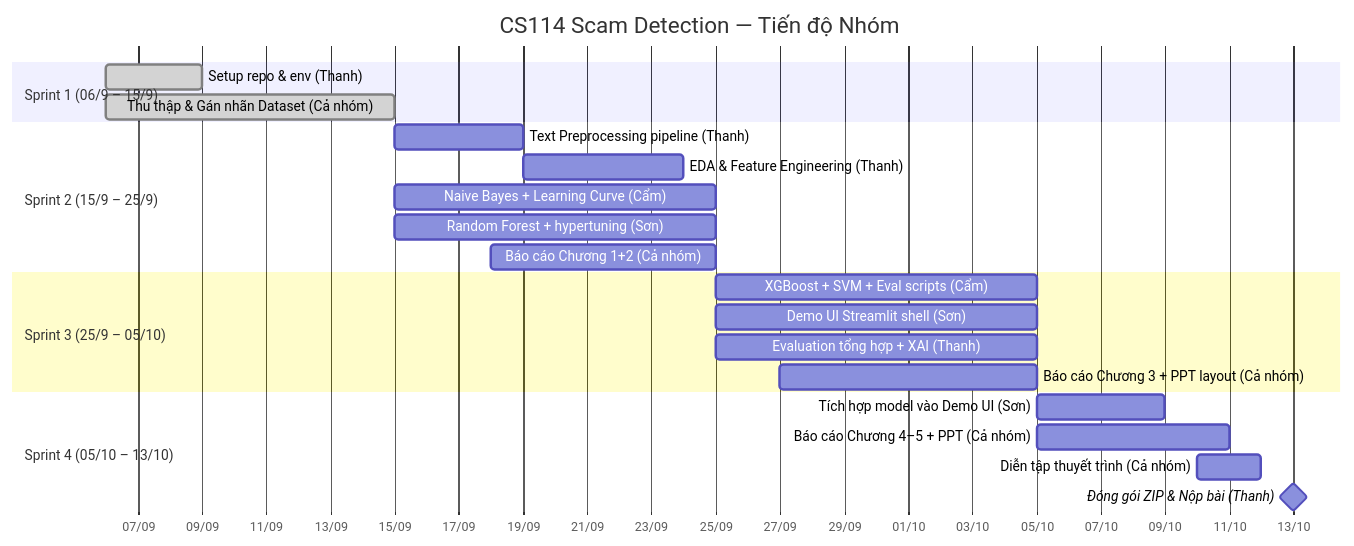
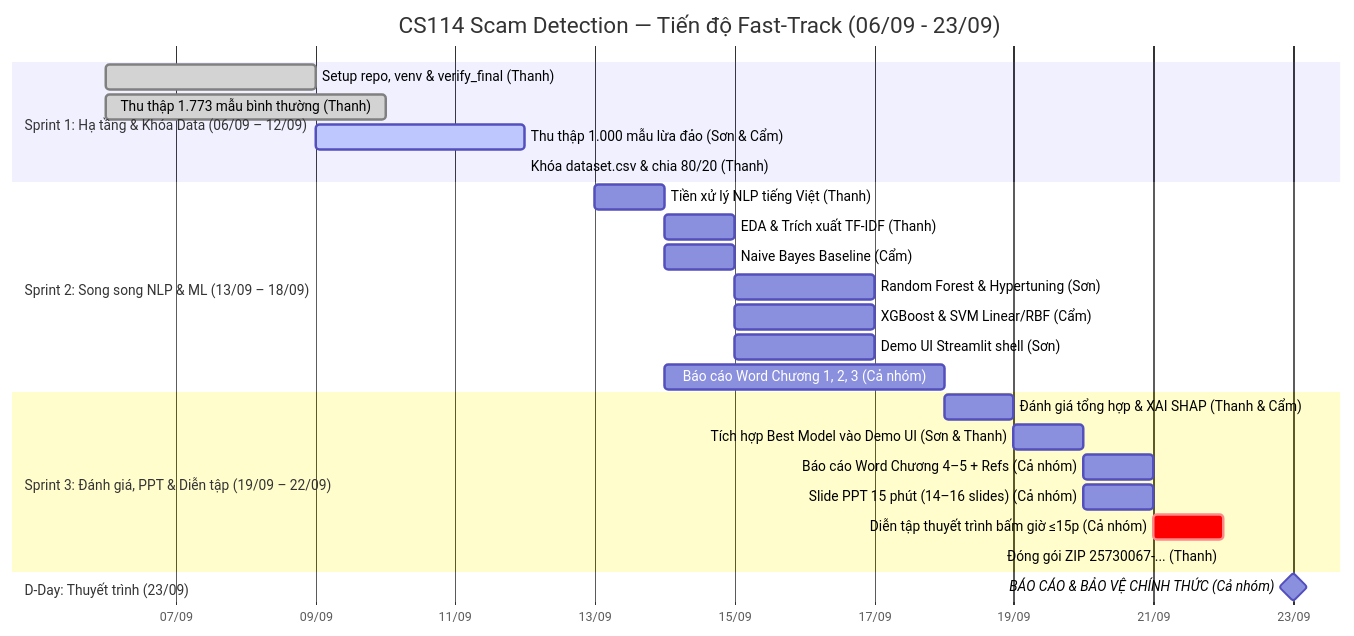
Before and after one commit to uit-25730067-chithanh/CS114-Team10-Elderly-Scam-Detection: the diagram in draft/scam-detection/docs/project-roadmap.md, drawn with Mermaid. The commit also changed other lines of this file and 2 other files, not shown here.

First line of the commit message:
docs(roadmap): update 3-sprint fast-track timeline and gantt roadmap

````diff
--- a/draft/scam-detection/docs/project-roadmap.md
+++ b/draft/scam-detection/docs/project-roadmap.md
@@ -13,30 +14,33 @@
 ```mermaid
 gantt
-    title CS114 Scam Detection — Tiến độ Nhóm
+    title CS114 Scam Detection — Tiến độ Fast-Track (06/09 - 23/09)
     dateFormat  YYYY-MM-DD
     axisFormat  %d/%m
-    tickInterval 1w
+    tickInterval 2d
 
-    section Sprint 1 (06/9 – 15/9)
-    Setup repo & env (Thanh)               :done, s1_1, 2026-09-06, 2026-09-09
-    Thu thập & Gán nhãn Dataset (Cả nhóm)  :done, s1_2, 2026-09-06, 2026-09-15
+    section Sprint 1: Hạ tầng & Khóa Data (06/09 – 12/09)
+    Setup repo, venv & verify_final (Thanh)        :done, s1_1, 2026-09-06, 2026-09-09
+    Thu thập 1.773 mẫu bình thường (Thanh)         :done, s1_2, 2026-09-06, 2026-09-10
+    Thu thập 1.000 mẫu lừa đảo (Sơn & Cẩm)         :active, s1_3, 2026-09-09, 2026-09-12
+    Khóa dataset.csv & chia 80/20 (Thanh)          :crit, s1_4, 2026-09-12, 2026-09-12
 
-    section Sprint 2 (15/9 – 25/9)
-    Text Preprocessing pipeline (Thanh)    :s2_1, 2026-09-15, 4d
-    EDA & Feature Engineering (Thanh)      :s2_2, 2026-09-19, 5d
-    Naive Bayes + Learning Curve (Cẩm)     :s2_3, 2026-09-15, 10d
-    Random Forest + hypertuning (Sơn)      :s2_4, 2026-09-15, 10d
-    Báo cáo Chương 1+2 (Cả nhóm)          :s2_5, 2026-09-18, 7d
+    section Sprint 2: Song song NLP & ML (13/09 – 18/09)
+    Tiền xử lý NLP tiếng Việt (Thanh)              :s2_1, 2026-09-13, 2026-09-14
+    EDA & Trích xuất TF-IDF (Thanh)                :s2_2, 2026-09-14, 2026-09-15
+    Naive Bayes Baseline (Cẩm)                     :s2_3, 2026-09-14, 2026-09-15
+    Random Forest & Hypertuning (Sơn)              :s2_4, 2026-09-15, 2026-09-17
+    XGBoost & SVM Linear/RBF (Cẩm)                 :s2_5, 2026-09-15, 2026-09-17
+    Demo UI Streamlit shell (Sơn)                  :s2_6, 2026-09-15, 2026-09-17
+    Báo cáo Word Chương 1, 2, 3 (Cả nhóm)          :s2_7, 2026-09-14, 2026-09-18
 
-    section Sprint 3 (25/9 – 05/10)
-    XGBoost + SVM + Eval scripts (Cẩm)    :s3_1, 2026-09-25, 10d
-    Demo UI Streamlit shell (Sơn)          :s3_2, 2026-09-25, 10d
-    Evaluation tổng hợp + XAI (Thanh)     :s3_3, 2026-09-25, 10d
-    Báo cáo Chương 3 + PPT layout (Cả nhóm) :s3_4, 2026-09-27, 8d
+    section Sprint 3: Đánh giá, PPT & Diễn tập (19/09 – 22/09)
+    Đánh giá tổng hợp & XAI SHAP (Thanh & Cẩm)     :s3_1, 2026-09-18, 2026-09-19
+    Tích hợp Best Model vào Demo UI (Sơn & Thanh)  :s3_2, 2026-09-19, 2026-09-20
+    Báo cáo Word Chương 4–5 + Refs (Cả nhóm)       :s3_3, 2026-09-20, 2026-09-21
+    Slide PPT 15 phút (14–16 slides) (Cả nhóm)     :s3_4, 2026-09-20, 2026-09-21
+    Diễn tập thuyết trình bấm giờ ≤15p (Cả nhóm)   :crit, s3_5, 2026-09-21, 2026-09-22
+    Đóng gói ZIP 25730067-... (Thanh)              :s3_6, 2026-09-22, 2026-09-22
 
-    section Sprint 4 (05/10 – 13/10)
-    Tích hợp model vào Demo UI (Sơn)       :s4_1, 2026-10-05, 4d
-    Báo cáo Chương 4–5 + PPT (Cả nhóm)    :s4_2, 2026-10-05, 6d
-    Diễn tập thuyết trình (Cả nhóm)        :s4_3, 2026-10-10, 2d
-    Đóng gói ZIP & Nộp bài (Thanh)         :milestone, s4_4, 2026-10-13, 0d
+    section D-Day: Thuyết trình (23/09)
+    BÁO CÁO & BẢO VỆ CHÍNH THỨC (Cả nhóm)          :milestone, s3_7, 2026-09-23, 0d
 ```
````
